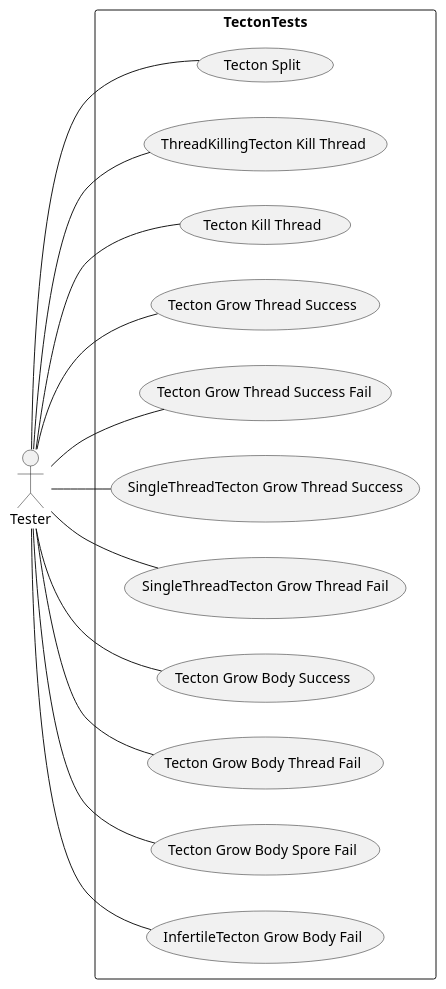
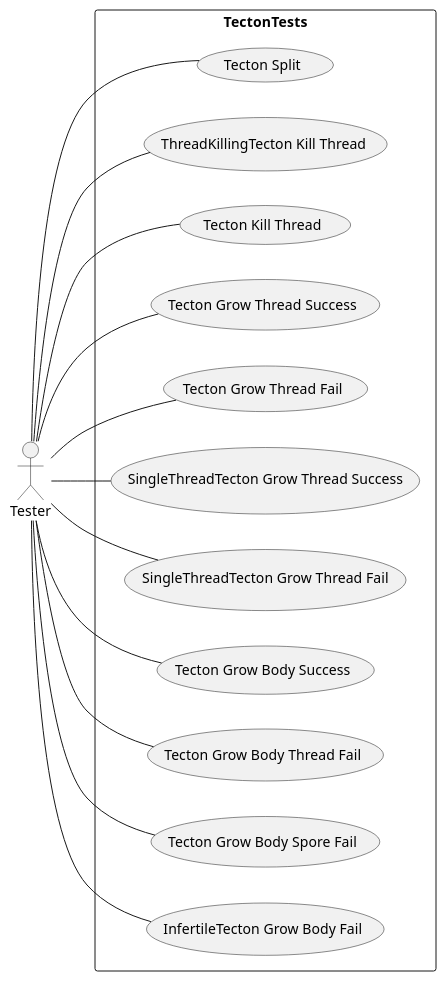
One commit to dzsem/projlab changed the diagram in diagrams/testcase/tecton.puml. Above: the diagram before and after it, drawn with PlantUML.

Commit message:
Fixed naming: 'Tecton Grow Thread Success Fail' -> 'Tecton Grow Thread Fail'

```diff
--- a/diagrams/testcase/tecton.puml
+++ b/diagrams/testcase/tecton.puml
@@ -1,32 +1,32 @@
 @startuml tectonTestCases
 left to right direction
 
 actor "Tester" as t
 
 rectangle TectonTests {
     usecase "Tecton Split" as test1
     usecase "ThreadKillingTecton Kill Thread" as test2
     usecase "Tecton Kill Thread" as test3
     usecase "Tecton Grow Thread Success" as test4
-    usecase "Tecton Grow Thread Success Fail" as test5
+    usecase "Tecton Grow Thread Fail" as test5
     usecase "SingleThreadTecton Grow Thread Success" as test6
     usecase "SingleThreadTecton Grow Thread Fail" as test7
     usecase "Tecton Grow Body Success" as test8
     usecase "Tecton Grow Body Thread Fail" as test9
     usecase "Tecton Grow Body Spore Fail" as test10
     usecase "InfertileTecton Grow Body Fail" as test11
 }
 
 t -- test1
 t -- test2
 t -- test3
 t -- test4
 t -- test5
 t -- test6
 t -- test7
 t -- test8
 t -- test9
 t -- test10
 t -- test11
 
 @enduml
```
